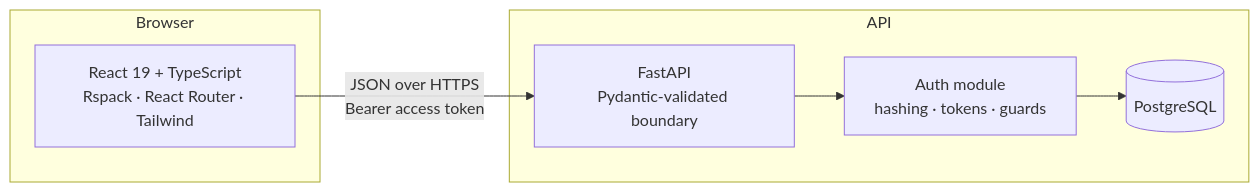
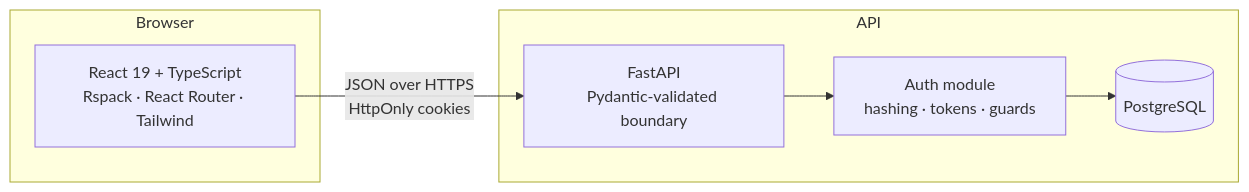
One commit to tanmaydev7/react-fastapi-basic-auth-app-template changed the first of 2 diagrams in README.md. Above: the diagram before and after it, drawn with Mermaid. The commit also changed other lines of this file and 45 other files, not shown here.

````diff
--- a/README.md
+++ b/README.md
@@ -69,16 +73,16 @@
 ```mermaid
 flowchart LR
     subgraph Client["Browser"]
         UI["React 19 + TypeScript<br/>Rspack · React Router · Tailwind"]
     end
 
     subgraph Server["API"]
         API["FastAPI<br/>Pydantic-validated boundary"]
         AUTH["Auth module<br/>hashing · tokens · guards"]
         DB[("PostgreSQL")]
     end
 
-    UI -- "JSON over HTTPS<br/>Bearer access token" --> API
+    UI -- "JSON over HTTPS<br/>HttpOnly cookies" --> API
     API --> AUTH
     AUTH --> DB
 ```
````
